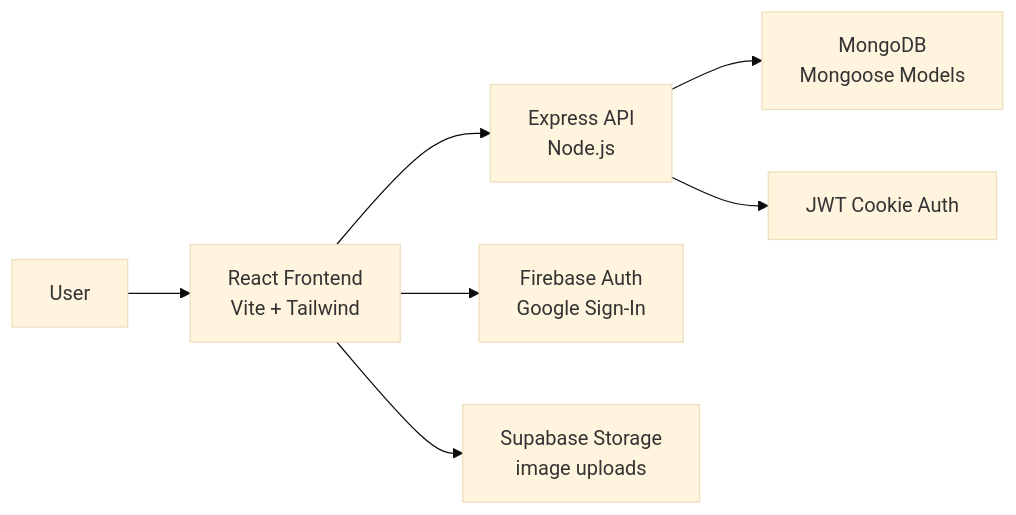
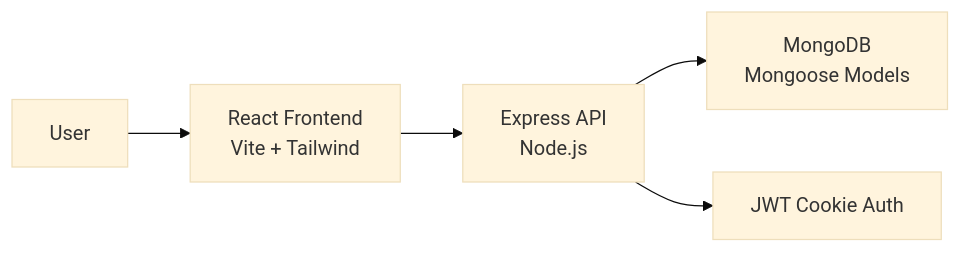
One commit to anwaarulislam111-netizen/Mern-real-estate-project changed the diagram in README.md. Above: the diagram before and after it, drawn with Mermaid (base theme). The commit also changed other lines of this file and 3 other files, not shown here.

````diff
--- a/README.md
+++ b/README.md
@@ -58,9 +57,7 @@
 ```mermaid
 flowchart LR
     User --> Client[React Frontend \n Vite + Tailwind]
     Client --> API[Express API \n Node.js]
     API --> DB[MongoDB \n Mongoose Models]
-    Client --> Firebase[Firebase Auth \n Google Sign-In]
-    Client --> Supabase[Supabase Storage \n image uploads]
     API --> JWT[JWT Cookie Auth]
 ```
````
